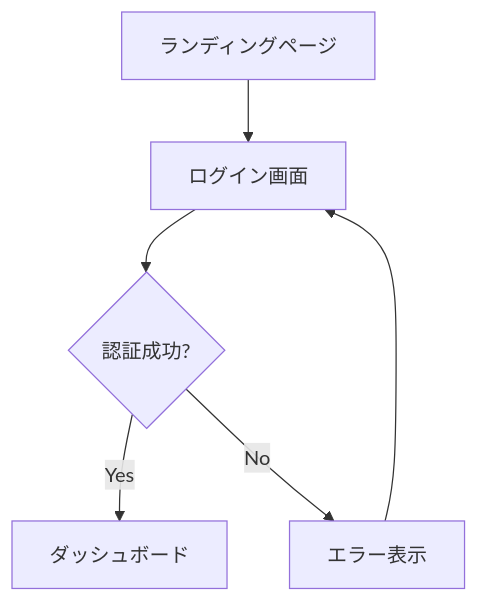
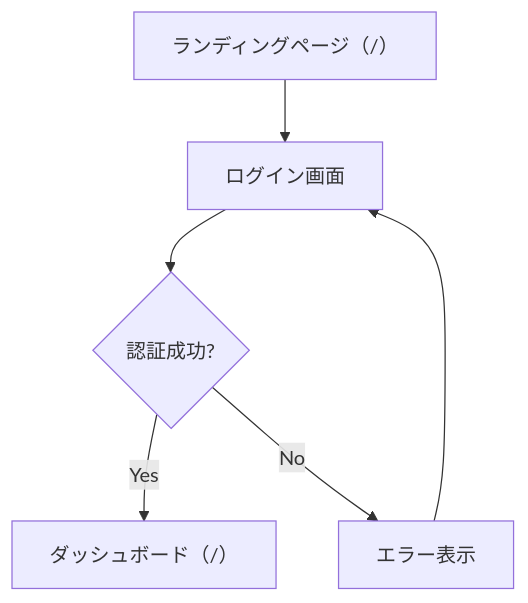
Before and after one commit to ykagesg7/FlightEMS: the third of 4 diagrams in docs/05_設計仕様書.md, drawn with Mermaid. The commit also changed other lines of this file and 15 other files, not shown here.

````diff
--- a/docs/05_設計仕様書.md
+++ b/docs/05_設計仕様書.md
@@ -1081,8 +1081,8 @@
 ```mermaid
 flowchart TD
-    A[ランディングページ] --> B[ログイン画面]
+    A[ランディングページ（/）] --> B[ログイン画面]
     B --> C{認証成功?}
-    C -->|Yes| D[ダッシュボード]
+    C -->|Yes| D[ダッシュボード（/）]
     C -->|No| E[エラー表示]
     E --> B
 ```
````
